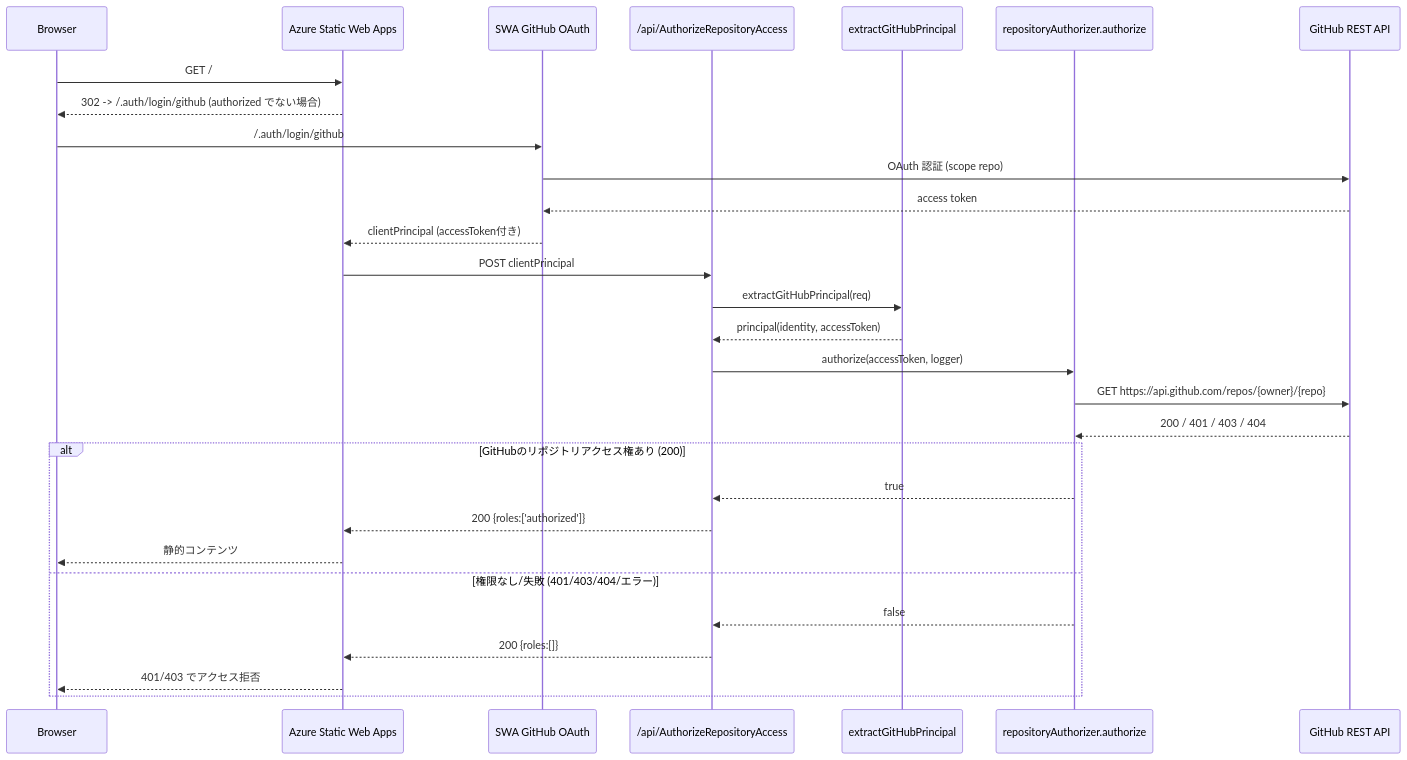
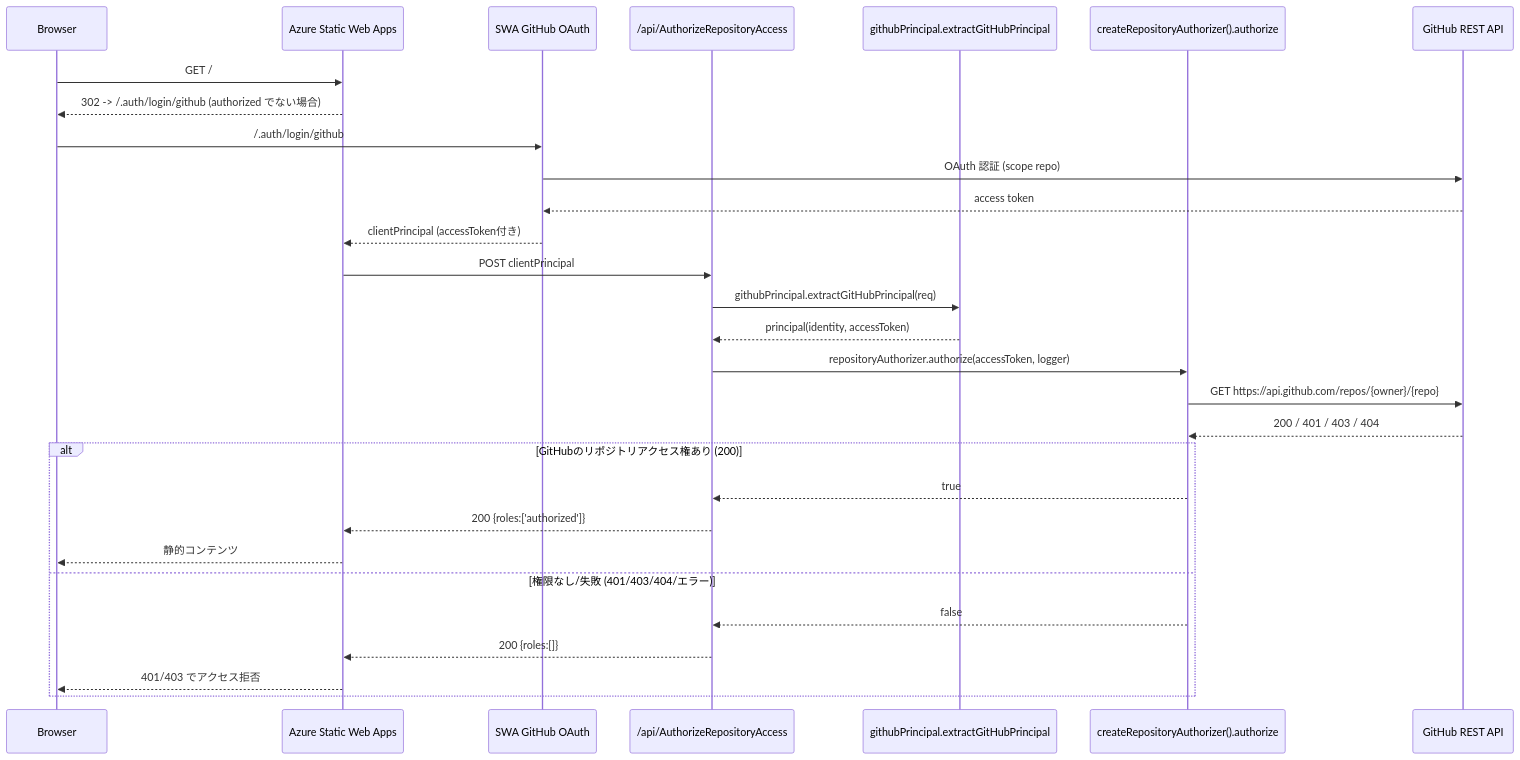
The diagram in README.md (nuitsjp/swa-github-repo-auth), drawn with Mermaid before and after one commit. The commit also changed other lines of this file and 1 other file, not shown here.

````diff
--- a/README.md
+++ b/README.md
@@ -75,34 +97,34 @@
 ```mermaid
 sequenceDiagram
     participant Browser
     participant SWA as Azure Static Web Apps
     participant Login as SWA GitHub OAuth
     participant RoleSrc as /api/AuthorizeRepositoryAccess
-    participant Principal as extractGitHubPrincipal
-    participant Authorizer as repositoryAuthorizer.authorize
+    participant Principal as githubPrincipal.extractGitHubPrincipal
+    participant Authorizer as createRepositoryAuthorizer().authorize
     participant GH as GitHub REST API
 
     Browser->>SWA: GET /
     SWA-->>Browser: 302 -> /.auth/login/github (authorized でない場合)
     Browser->>Login: /.auth/login/github
     Login->>GH: OAuth 認証 (scope repo)
     GH-->>Login: access token
     Login-->>SWA: clientPrincipal (accessToken付き)
 
     SWA->>RoleSrc: POST clientPrincipal
-    RoleSrc->>Principal: extractGitHubPrincipal(req)
+    RoleSrc->>Principal: githubPrincipal.extractGitHubPrincipal(req)
     Principal-->>RoleSrc: principal(identity, accessToken)
 
-    RoleSrc->>Authorizer: authorize(accessToken, logger)
+    RoleSrc->>Authorizer: repositoryAuthorizer.authorize(accessToken, logger)
     Authorizer->>GH: GET https://api.github.com/repos/{owner}/{repo}
     GH-->>Authorizer: 200 / 401 / 403 / 404
     alt GitHubのリポジトリアクセス権あり (200)
         Authorizer-->>RoleSrc: true
         RoleSrc-->>SWA: 200 {roles:['authorized']}
         SWA-->>Browser: 静的コンテンツ
     else 権限なし/失敗 (401/403/404/エラー)
         Authorizer-->>RoleSrc: false
         RoleSrc-->>SWA: 200 {roles:[]}
         SWA-->>Browser: 401/403 でアクセス拒否
     end
 ```
````
